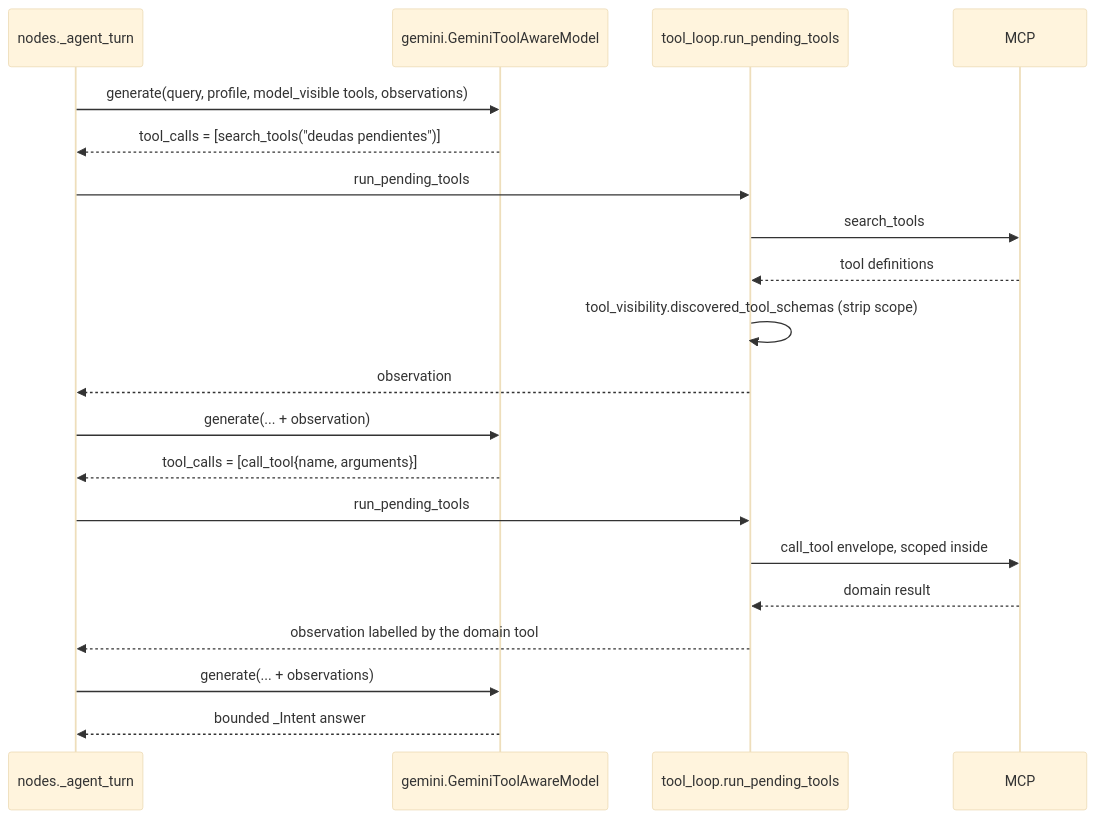
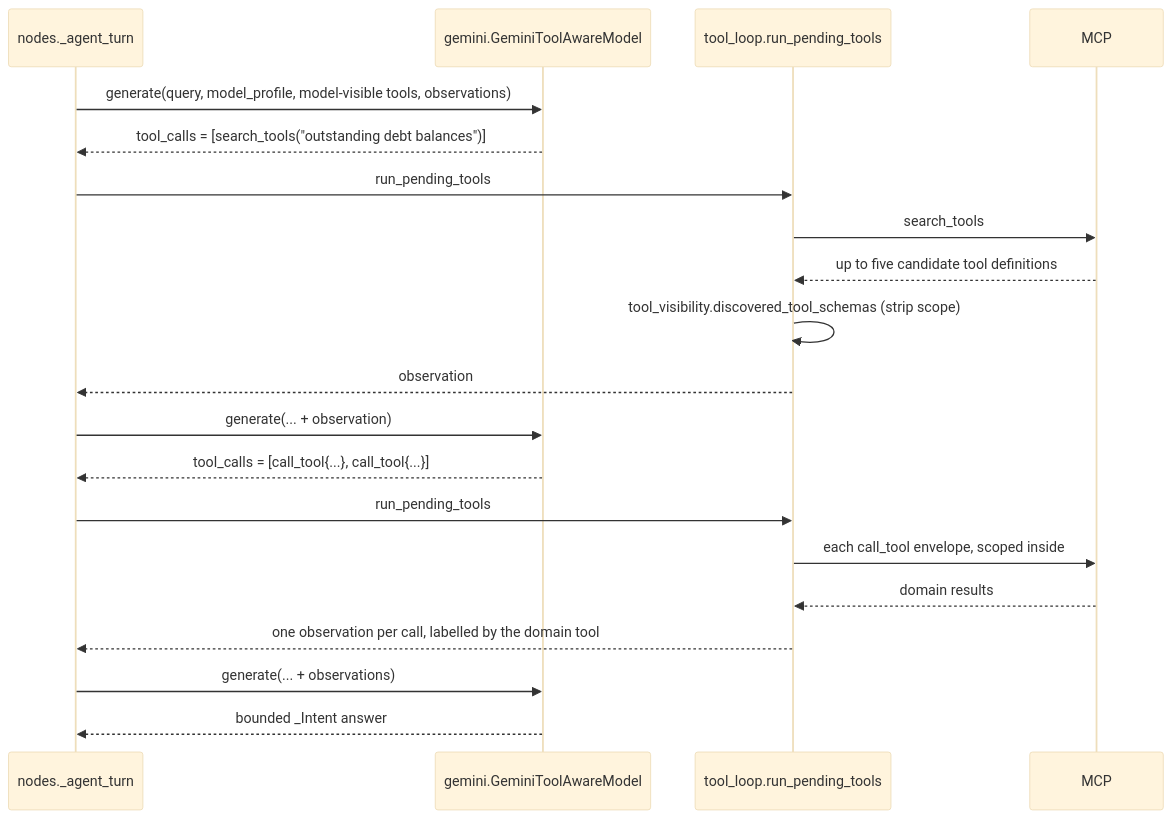
One commit to JpAboytes/hackmty2026-agent changed the fifth of 11 diagrams in docs/FLOWS.md. Above: the diagram before and after it, drawn with Mermaid (base theme). The commit also changed other lines of this file and 30 other files, not shown here.

First line of the commit message:
feat(agent): agentic graph, lifecycle events, model-selected actions

````diff
--- a/docs/FLOWS.md
+++ b/docs/FLOWS.md
@@ -86,22 +184,22 @@
 ```mermaid
 sequenceDiagram
   participant N as nodes._agent_turn
   participant G as gemini.GeminiToolAwareModel
   participant L as tool_loop.run_pending_tools
   participant M as MCP
-  N->>G: generate(query, profile, model_visible tools, observations)
-  G-->>N: tool_calls = [search_tools("deudas pendientes")]
+  N->>G: generate(query, model_profile, model-visible tools, observations)
+  G-->>N: tool_calls = [search_tools("outstanding debt balances")]
   N->>L: run_pending_tools
   L->>M: search_tools
-  M-->>L: tool definitions
+  M-->>L: up to five candidate tool definitions
   L->>L: tool_visibility.discovered_tool_schemas (strip scope)
   L-->>N: observation
   N->>G: generate(... + observation)
-  G-->>N: tool_calls = [call_tool{name, arguments}]
+  G-->>N: tool_calls = [call_tool{...}, call_tool{...}]
   N->>L: run_pending_tools
-  L->>M: call_tool envelope, scoped inside
-  M-->>L: domain result
-  L-->>N: observation labelled by the domain tool
+  L->>M: each call_tool envelope, scoped inside
+  M-->>L: domain results
+  L-->>N: one observation per call, labelled by the domain tool
   N->>G: generate(... + observations)
   G-->>N: bounded _Intent answer
 ```
````
